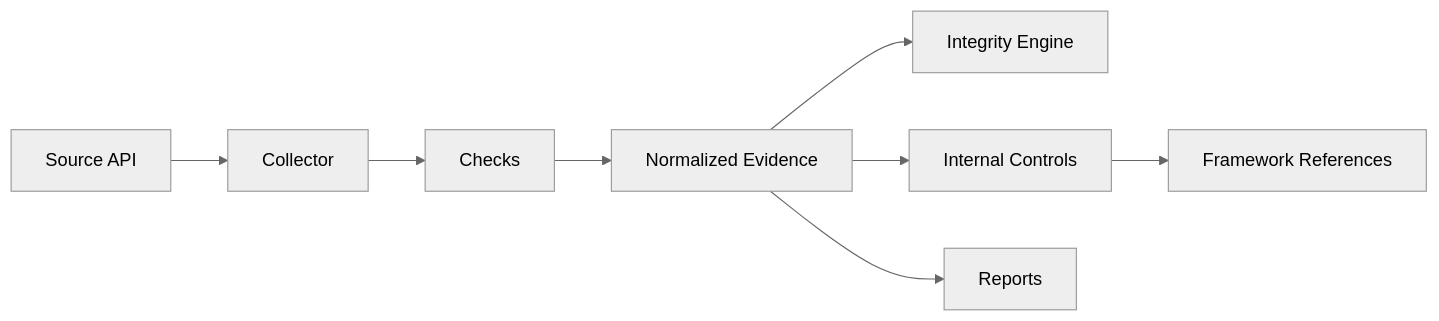
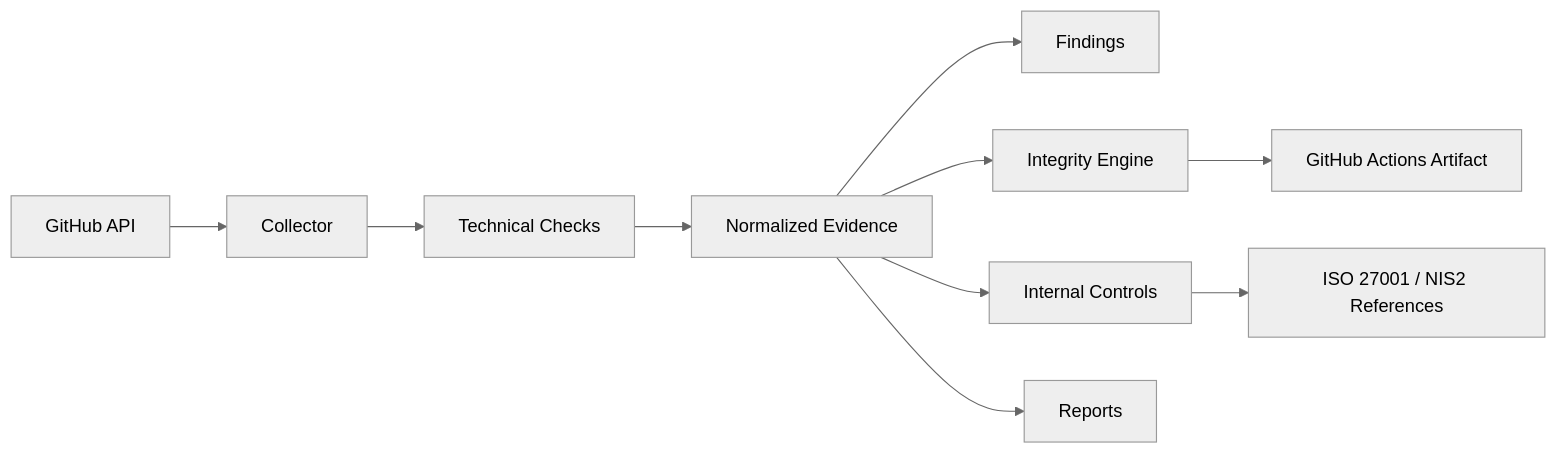
The diagram in README.md (Cyber-G3/security-evidence-collector), drawn with Mermaid (neutral theme) before and after one commit. The commit also changed other lines of this file, not shown here.

````diff
--- a/README.md
+++ b/README.md
@@ -57,10 +90,12 @@
 ```mermaid
 flowchart LR
-    A[Source API] --> B[Collector]
-    B --> C[Checks]
+    A[GitHub API] --> B[Collector]
+    B --> C[Technical Checks]
     C --> D[Normalized Evidence]
-    D --> E[Integrity Engine]
-    D --> F[Internal Controls]
-    F --> G[Framework References]
-    D --> H[Reports]
+    D --> E[Findings]
+    D --> F[Integrity Engine]
+    D --> G[Internal Controls]
+    G --> H[ISO 27001 / NIS2 References]
+    D --> I[Reports]
+    F --> J[GitHub Actions Artifact]
 ```
````
